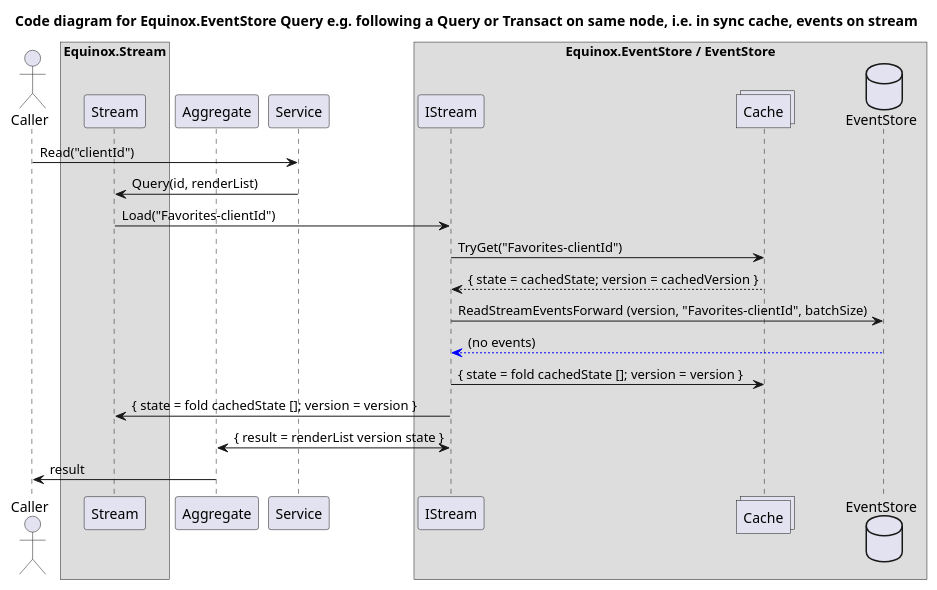
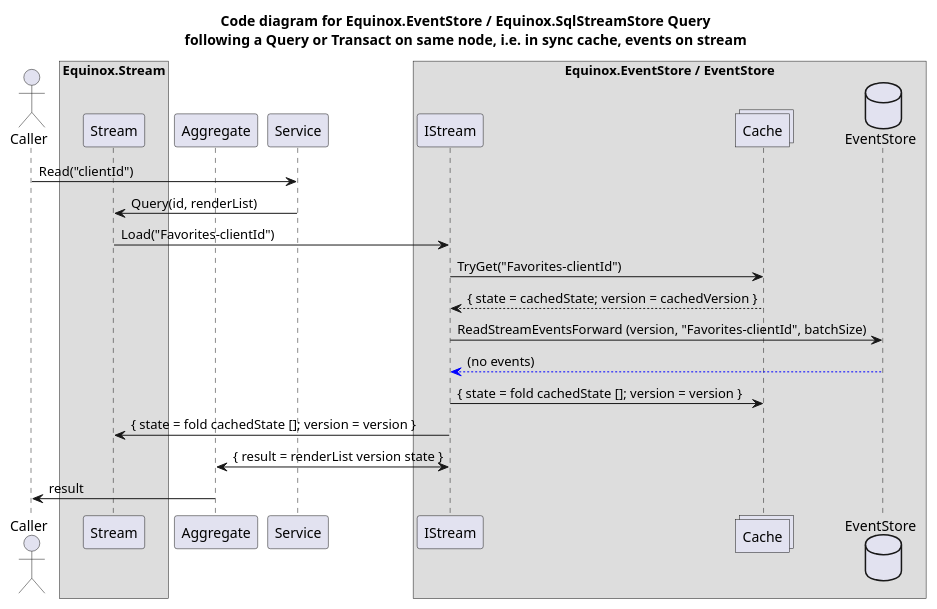
Before and after one commit to jet/equinox: the third of 4 diagrams in diagrams/EventStoreCode.puml, drawn with PlantUML. The commit also changed other lines of this file and 1 other file, not shown here.

Commit message:
Mention SqlStreamStore in diagrams

```diff
--- a/diagrams/EventStoreCode.puml
+++ b/diagrams/EventStoreCode.puml
@@ -100,29 +100,29 @@
 @startuml
-title Code diagram for Equinox.EventStore Query e.g. following a Query or Transact on same node, i.e. in sync cache, events on stream
+title Code diagram for Equinox.EventStore / Equinox.SqlStreamStore Query\nfollowing a Query or Transact on same node, i.e. in sync cache, events on stream
 
 actor Caller order 20
 box "Equinox.Stream"
     participant Stream order 40
 end box
 participant Aggregate order 50
 participant Service order 60
 box "Equinox.EventStore / EventStore"
   participant IStream order 80
   collections Cache order 90
   database EventStore order 100
 end box
 
 actor Caller
 Caller -> Service: Read("clientId")
 participant Aggregate
 Service -> Stream: Query(id, renderList)
 Stream -> IStream: Load("Favorites-clientId")
 IStream -> Cache: TryGet("Favorites-clientId")
 Cache --> IStream: { state = cachedState; version = cachedVersion }
 IStream -> EventStore: ReadStreamEventsForward (version, "Favorites-clientId", batchSize)
 EventStore -[#blue]-> IStream: (no events)
 IStream -> Cache: { state = fold cachedState []; version = version }
 IStream -> Stream: { state = fold cachedState []; version = version }
 Aggregate <-> IStream: { result = renderList version state }
 Aggregate -> Caller: result
 @enduml
```
